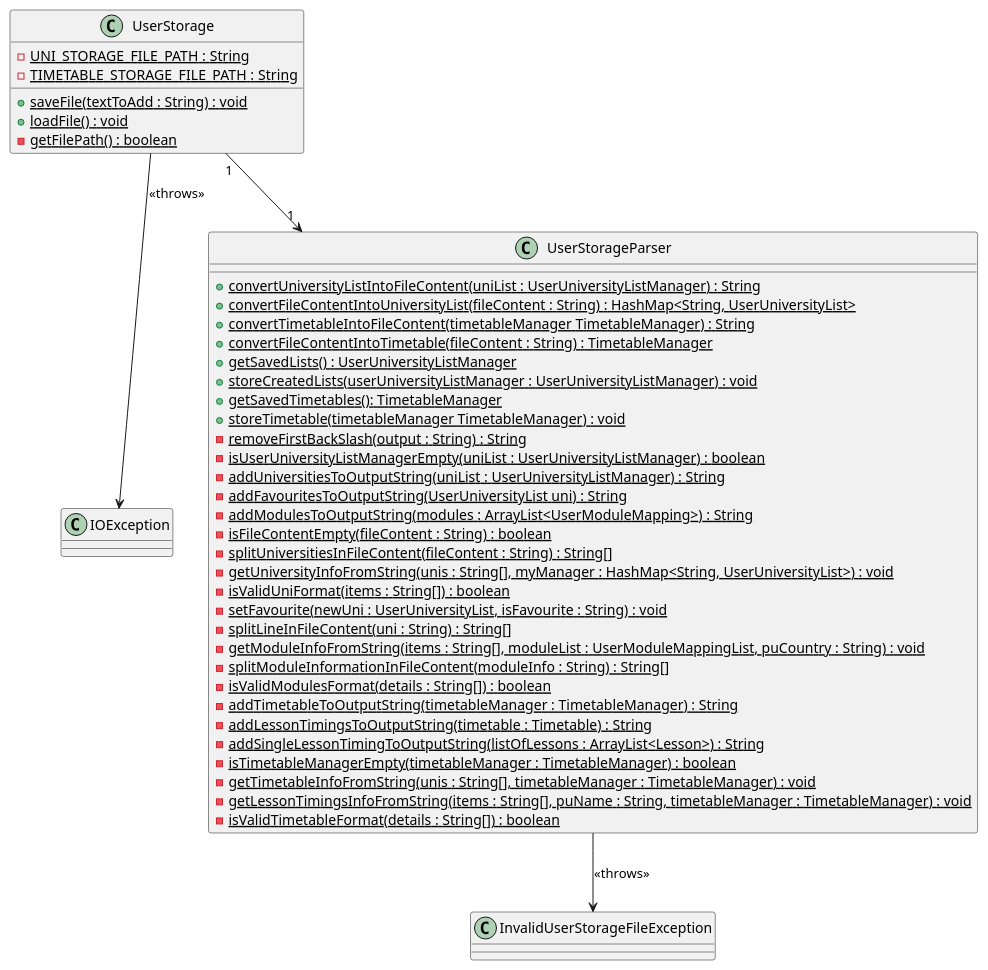
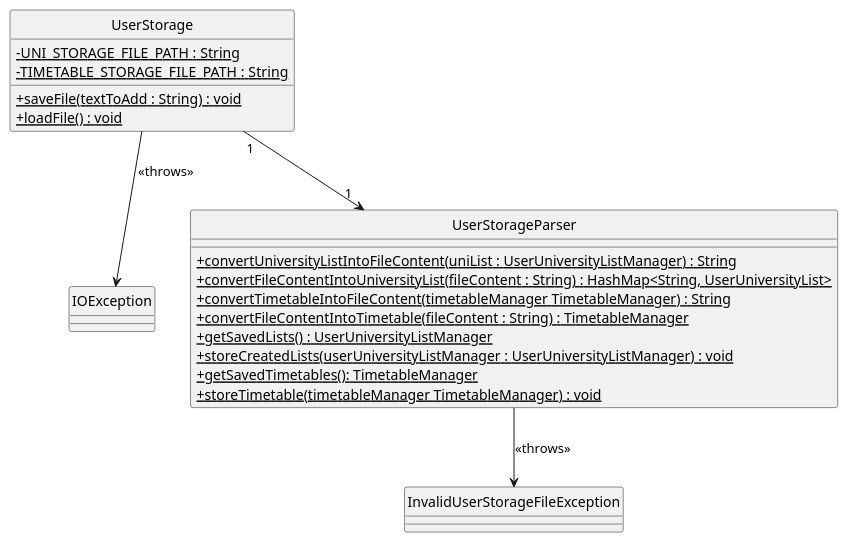
The diagram in docs/diagrams/UserStorage_Class.puml (nus-cs2113-AY2223S1/tp), drawn with PlantUML before and after one commit. The commit also changed 2 other files, not shown here.

Commit message:
Update UserStorage class diagram

```diff
--- a/docs/diagrams/UserStorage_Class.puml
+++ b/docs/diagrams/UserStorage_Class.puml
@@ -1,55 +1,35 @@
 @startuml
+hide circle
+skinparam classAttributeIconSize 0
 
 class UserStorage {
     {static} - UNI_STORAGE_FILE_PATH : String
     {static} - TIMETABLE_STORAGE_FILE_PATH : String
 
     {static} + saveFile(textToAdd : String) : void
     {static} + loadFile() : void
-    {static} - getFilePath() : boolean
 }
 
 class IOException {
 
 }
 
 class UserStorageParser {
     {static} + convertUniversityListIntoFileContent(uniList : UserUniversityListManager) : String
     {static} + convertFileContentIntoUniversityList(fileContent : String) : HashMap<String, UserUniversityList>
     {static} + convertTimetableIntoFileContent(timetableManager TimetableManager) : String
     {static} + convertFileContentIntoTimetable(fileContent : String) : TimetableManager
     {static} + getSavedLists() : UserUniversityListManager
     {static} + storeCreatedLists(userUniversityListManager : UserUniversityListManager) : void
     {static} + getSavedTimetables(): TimetableManager
     {static} + storeTimetable(timetableManager TimetableManager) : void
-    {static} - removeFirstBackSlash(output : String) : String
-    {static} - isUserUniversityListManagerEmpty(uniList : UserUniversityListManager) : boolean
-    {static} - addUniversitiesToOutputString(uniList : UserUniversityListManager) : String
-    {static} - addFavouritesToOutputString(UserUniversityList uni) : String
-    {static} - addModulesToOutputString(modules : ArrayList<UserModuleMapping>) : String
-    {static} - isFileContentEmpty(fileContent : String) : boolean
-    {static} - splitUniversitiesInFileContent(fileContent : String) : String[]
-    {static} - getUniversityInfoFromString(unis : String[], myManager : HashMap<String, UserUniversityList>) : void
-    {static} - isValidUniFormat(items : String[]) : boolean
-    {static} - setFavourite(newUni : UserUniversityList, isFavourite : String) : void
-    {static} - splitLineInFileContent(uni : String) : String[]
-    {static} - getModuleInfoFromString(items : String[], moduleList : UserModuleMappingList, puCountry : String) : void
-    {static} - splitModuleInformationInFileContent(moduleInfo : String) : String[]
-    {static} - isValidModulesFormat(details : String[]) : boolean
-    {static} - addTimetableToOutputString(timetableManager : TimetableManager) : String
-    {static} - addLessonTimingsToOutputString(timetable : Timetable) : String
-    {static} - addSingleLessonTimingToOutputString(listOfLessons : ArrayList<Lesson>) : String
-    {static} - isTimetableManagerEmpty(timetableManager : TimetableManager) : boolean
-    {static} - getTimetableInfoFromString(unis : String[], timetableManager : TimetableManager) : void
-    {static} - getLessonTimingsInfoFromString(items : String[], puName : String, timetableManager : TimetableManager) : void
-    {static} - isValidTimetableFormat(details : String[]) : boolean
 }
 
 class InvalidUserStorageFileException {
 
 }
 
 UserStorage --> IOException : <<throws>>
 UserStorage "1" --> "1" UserStorageParser
 UserStorageParser --> InvalidUserStorageFileException : << throws>>
 @enduml
```
